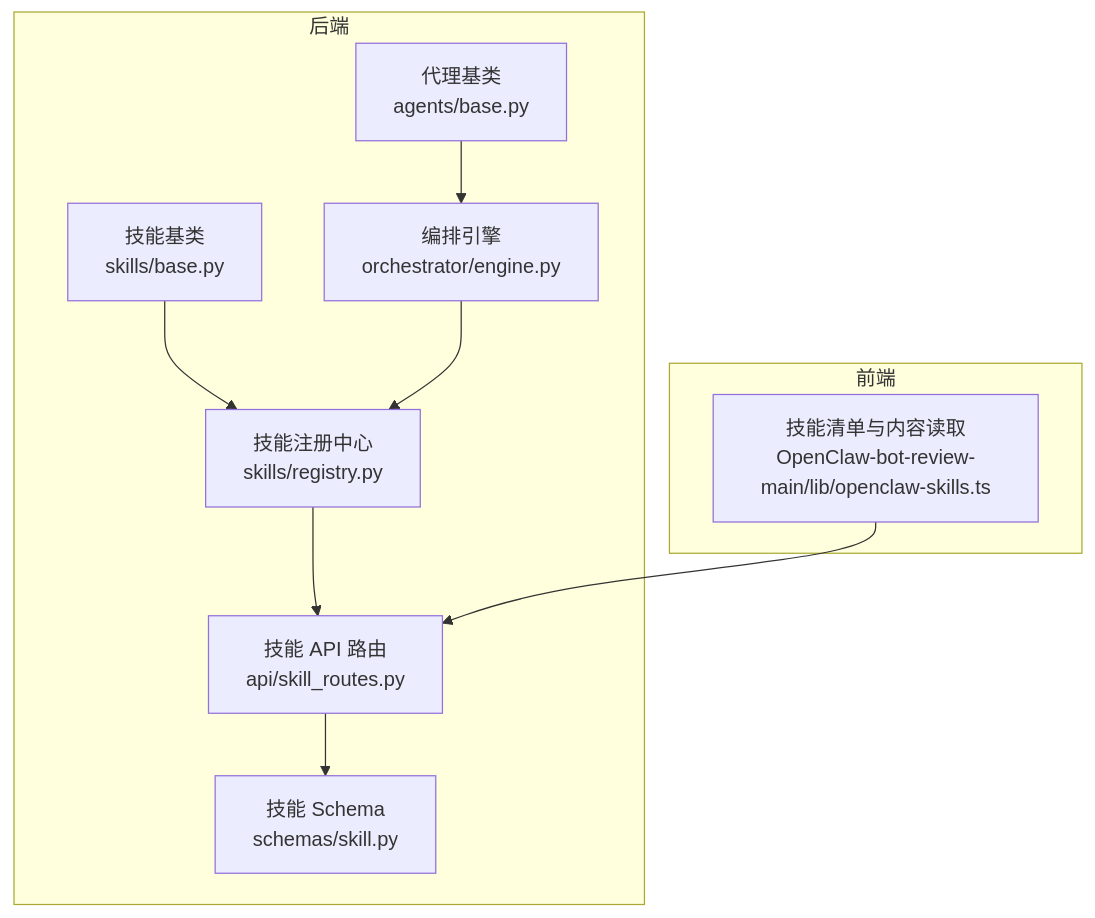
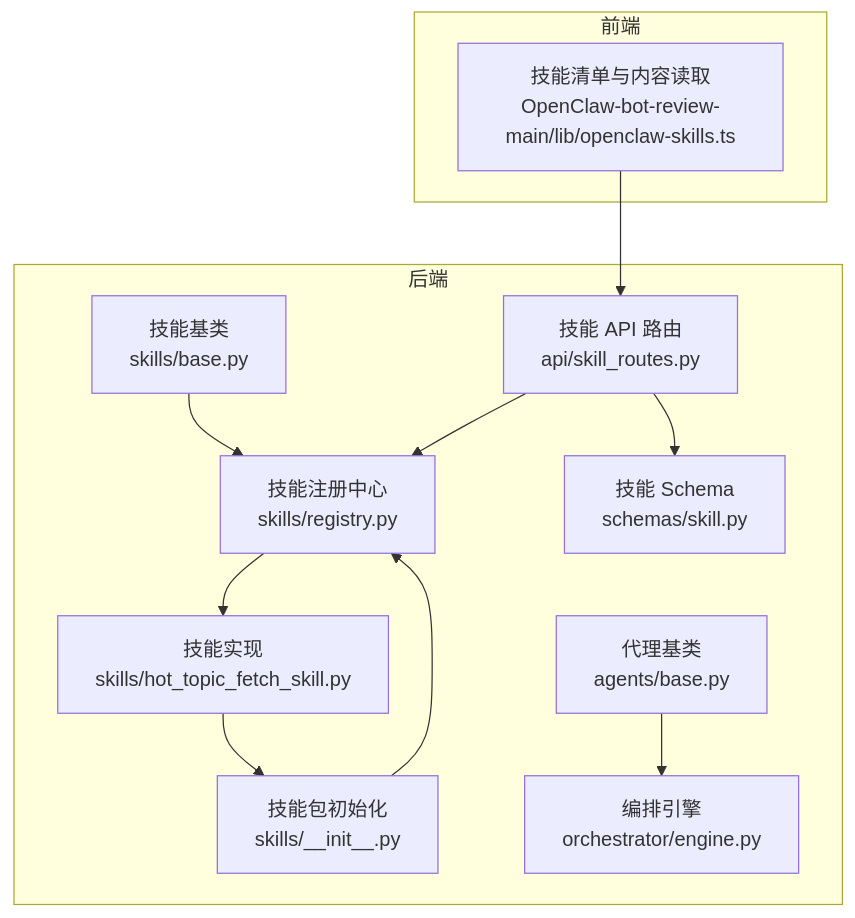
The first of 8 diagrams in .qoder/repowiki/zh/content/技能系统/技能系统.md (sansansansansan2022-web/hotclaw), drawn with Mermaid before and after one commit. The commit also changed other lines of this file and 44 other files, not shown here.

````diff
--- a/.qoder/repowiki/zh/content/技能系统/技能系统.md
+++ b/.qoder/repowiki/zh/content/技能系统/技能系统.md
@@ -39,20 +52,24 @@
 ```mermaid
 graph TB
 subgraph "后端"
 A["技能基类<br/>skills/base.py"]
 B["技能注册中心<br/>skills/registry.py"]
-C["技能 API 路由<br/>api/skill_routes.py"]
-D["技能 Schema<br/>schemas/skill.py"]
-E["代理基类<br/>agents/base.py"]
-F["编排引擎<br/>orchestrator/engine.py"]
+C["技能实现<br/>skills/hot_topic_fetch_skill.py"]
+D["技能包初始化<br/>skills/__init__.py"]
+E["技能 API 路由<br/>api/skill_routes.py"]
+F["技能 Schema<br/>schemas/skill.py"]
+G["代理基类<br/>agents/base.py"]
+H["编排引擎<br/>orchestrator/engine.py"]
 end
 subgraph "前端"
-G["技能清单与内容读取<br/>OpenClaw-bot-review-main/lib/openclaw-skills.ts"]
+I["技能清单与内容读取<br/>OpenClaw-bot-review-main/lib/openclaw-skills.ts"]
 end
 A --> B
 B --> C
 C --> D
+D --> B
+E --> B
 E --> F
-F --> B
-G --> C
+G --> H
+I --> E
 ```
````
